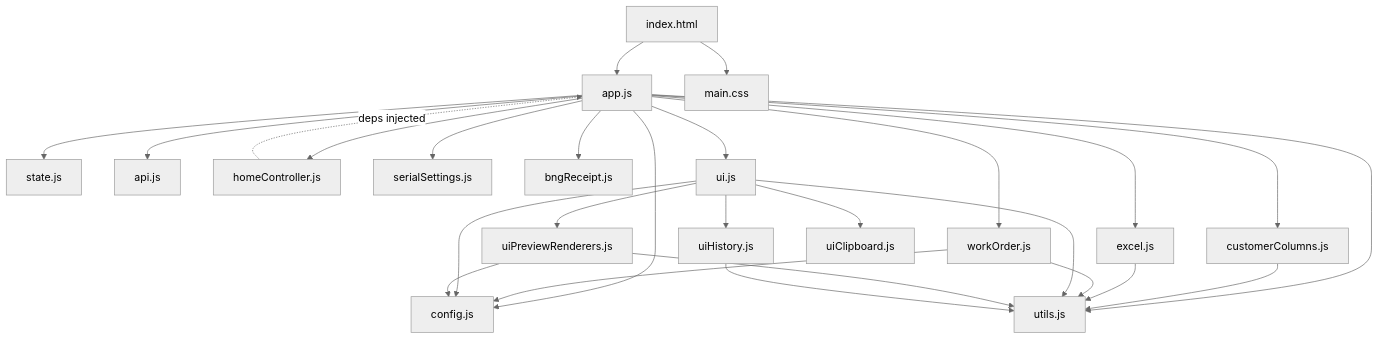
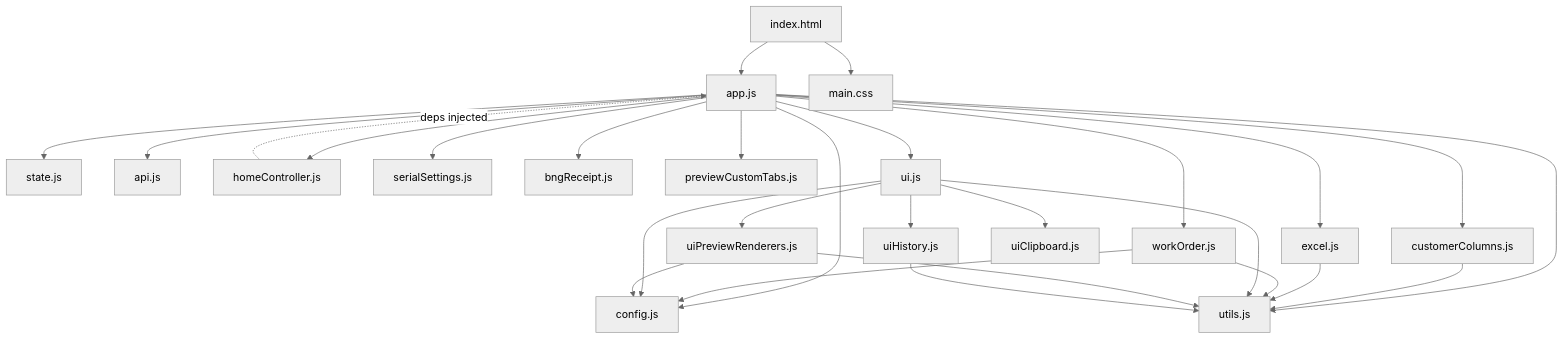
Before and after one commit to jongkrystal808/serializing: the diagram in doc/front-end map.md, drawn with Mermaid (neutral theme). The commit also changed other lines of this file and 16 other files, not shown here.

````diff
--- a/doc/front-end map.md
+++ b/doc/front-end map.md
@@ -10,34 +10,35 @@
 ```mermaid
 graph TD
     index["index.html"] --> app["app.js"]
     index --> css["main.css"]
 
     app --> config["config.js"]
     app --> state["state.js"]
     app --> api["api.js"]
     app --> excel["excel.js"]
     app --> workOrder["workOrder.js"]
     app --> utils["utils.js"]
     app --> homeCtrl["homeController.js"]
     app --> custCols["customerColumns.js"]
     app --> serialSet["serialSettings.js"]
     app --> bngReceipt["bngReceipt.js"]
+    app --> customTabs["previewCustomTabs.js"]
     app --> ui["ui.js"]
 
     custCols --> utils
     excel --> utils
     workOrder --> config
     workOrder --> utils
 
     ui --> config
     ui --> utils
     ui --> uiPrev["uiPreviewRenderers.js"]
     ui --> uiClip["uiClipboard.js"]
     ui --> uiHist["uiHistory.js"]
 
     uiPrev --> config
     uiPrev --> utils
     uiHist --> utils
 
     homeCtrl -. "deps injected" .-> app
 ```
````
